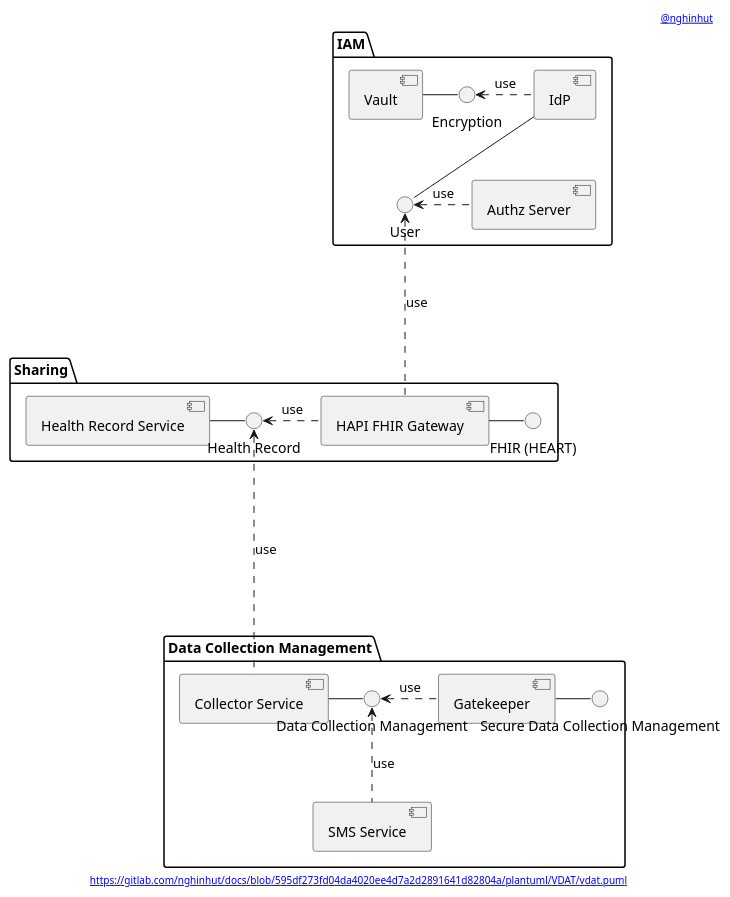
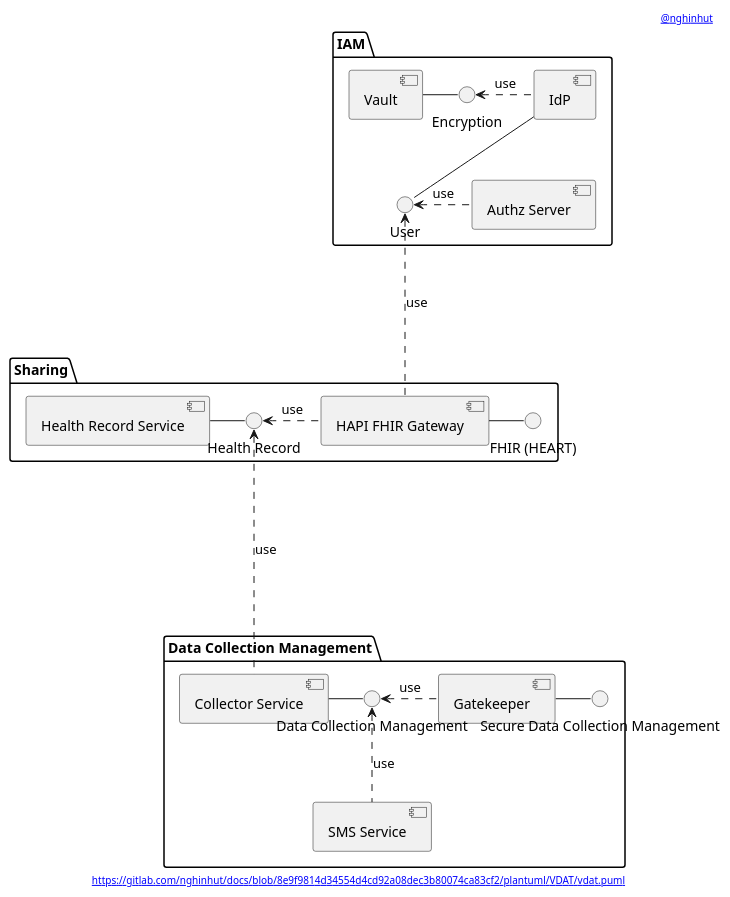
One commit to nghinhut/docs changed the diagram in plantuml/VDAT/vdat.component.puml. Above: the diagram before and after it, drawn with PlantUML. The commit also changed 28 other files, not shown here.

```diff
--- a/plantuml/VDAT/vdat.component.puml
+++ b/plantuml/VDAT/vdat.component.puml
@@ -1,59 +1,59 @@
 @startuml
 '-----START auto generated metadata please keep comment here to allow auto update-----
 '-----DON'T EDIT THIS SECTION, INSTEAD RE-RUN prebuild.sh TO UPDATE-----
-header [[https://www.nghinhut.dev?from=http%5C%3A%5C%2F%5C%2Fwww%5C.plantuml%5C.com%5C%2Fplantuml%5C%2Fproxy%3Ffmt%3Dsvg%5C%26src%3Dhttps%5C%3A%5C%2F%5C%2Fgitlab%5C.com%5C%2Fnghinhut%5C%2Fdocs%5C%2Fraw%5C%2F595df273fd04da4020ee4d7a2d2891641d82804a%5C%2Fplantuml%5C%2FVDAT%5C%2Fvdat%5C.puml%0A @nghinhut]]
-footer [[http://www.plantuml.com/plantuml/proxy?fmt=svg&src=https://gitlab.com/nghinhut/docs/raw/595df273fd04da4020ee4d7a2d2891641d82804a/plantuml/VDAT/vdat.puml https://gitlab.com/nghinhut/docs/blob/595df273fd04da4020ee4d7a2d2891641d82804a/plantuml/VDAT/vdat.puml]]
+header [[https://www.nghinhut.dev?from=http%5C%3A%5C%2F%5C%2Fwww%5C.plantuml%5C.com%5C%2Fplantuml%5C%2Fproxy%3Ffmt%3Dsvg%5C%26src%3Dhttps%5C%3A%5C%2F%5C%2Fgitlab%5C.com%5C%2Fnghinhut%5C%2Fdocs%5C%2Fraw%5C%2F8e9f9814d34554d4cd92a08dec3b80074ca83cf2%5C%2Fplantuml%5C%2FVDAT%5C%2Fvdat%5C.puml%0A @nghinhut]]
+footer [[http://www.plantuml.com/plantuml/proxy?fmt=svg&src=https://gitlab.com/nghinhut/docs/raw/8e9f9814d34554d4cd92a08dec3b80074ca83cf2/plantuml/VDAT/vdat.puml https://gitlab.com/nghinhut/docs/blob/8e9f9814d34554d4cd92a08dec3b80074ca83cf2/plantuml/VDAT/vdat.puml]]
 '-----END auto generated metadata please keep comment here to allow auto update-----
 
 package "IAM" {
     component "Authz Server" as as
     component Vault as vault
     component IdP as idp
 
 '    interface "OAuth2 Authentication" as IOAuth2Authentication
 '    interface "UMA2 Authorization" as IUMA2Authorization
 '    as -- IOAuth2Authentication
 '    as -- IUMA2Authorization
     interface "Encryption" as IEncrypt
     interface "User" as IUser
 }
 
 package "Sharing" {
     component "Health Record Service" as record
     interface "Health Record" as IHealthRecord
     component "HAPI FHIR Gateway" as fhir
     interface "FHIR (HEART)" as IFHIR
 }
 
 package "Data Collection Management" {
     component "Collector Service" as collector
     component "SMS Service" as sms
     component "Gatekeeper" as collector_gatekeeper
     interface "Data Collection Management" as IDataCollectionManagement
     interface "Secure Data Collection Management" as ISecureDataCollectionManagement
 }
 
 
 
 
 
 
 vault - IEncrypt
 IEncrypt <. idp : use
 idp -- IUser
 IUser <. as : use
 IUser <... fhir : use
 
 
 record - IHealthRecord
 IHealthRecord <. fhir : use
 fhir - IFHIR
 IHealthRecord <.... collector : use
 
 
 collector - IDataCollectionManagement
 IDataCollectionManagement <. collector_gatekeeper : use
 collector_gatekeeper - ISecureDataCollectionManagement
 
 IDataCollectionManagement <.. sms : use
 @enduml
```
